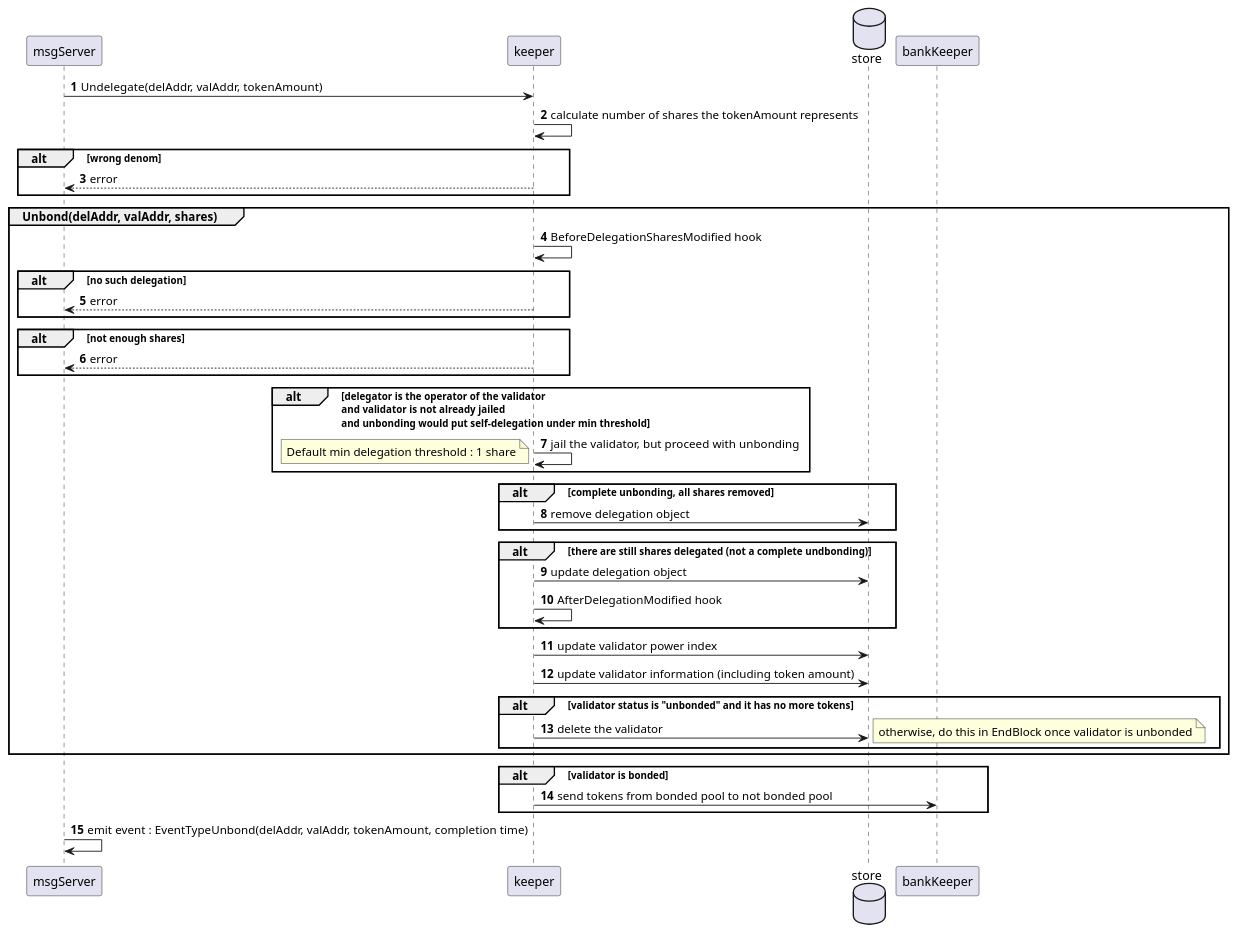
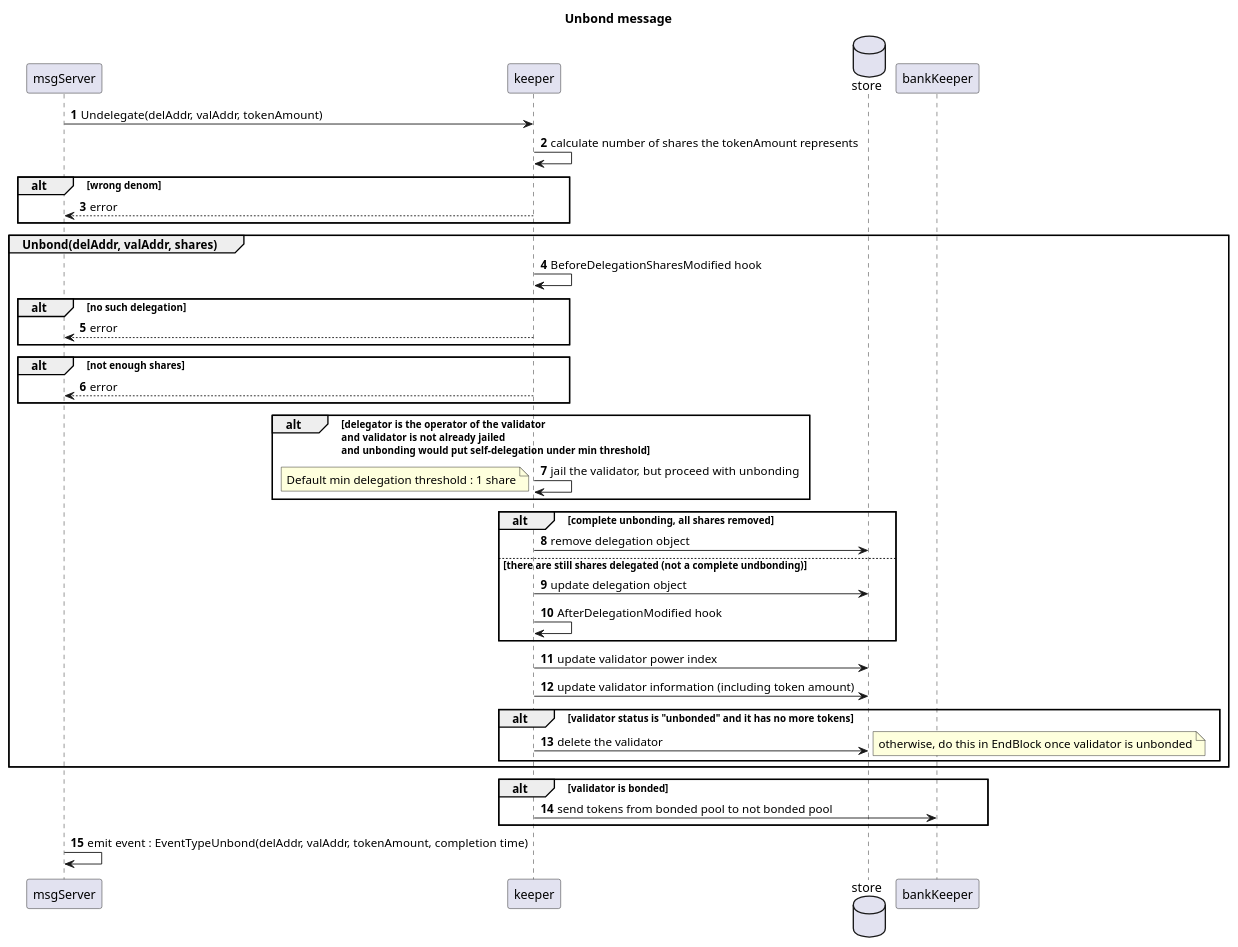
One commit to cosmos/cosmos-sdk changed the diagram in x/staking/spec/unbond_sequence.puml. Above: the diagram before and after it, drawn with PlantUML.

Commit message:
Add title to unbonding diagram

```diff
--- a/x/staking/spec/unbond_sequence.puml
+++ b/x/staking/spec/unbond_sequence.puml
@@ -1,53 +1,53 @@
 @startuml
 'https://plantuml.com/sequence-diagram
 
 autonumber
+
+title: Unbond message
 
 msgServer -> keeper : Undelegate(delAddr, valAddr, tokenAmount)
 
 keeper -> keeper : calculate number of shares the tokenAmount represents
 
 alt wrong denom
     msgServer <-- keeper : error
 end
 
 group Unbond(delAddr, valAddr, shares)
     keeper -> keeper: BeforeDelegationSharesModified hook
     alt no such delegation
         keeper --> msgServer : error
     end
     alt not enough shares
         keeper --> msgServer : error
     end
     alt delegator is the operator of the validator\nand validator is not already jailed\nand unbonding would put self-delegation under min threshold
                 keeper -> keeper : jail the validator, but proceed with unbonding
                 note left : Default min delegation threshold : 1 share
     end
 
     database store
 
     alt complete unbonding, all shares removed
         keeper -> store : remove delegation object
-    end
-
-    alt there are still shares delegated (not a complete undbonding)
+    else there are still shares delegated (not a complete undbonding)
         keeper -> store : update delegation object
         keeper -> keeper : AfterDelegationModified hook
     end
 
     keeper -> store : update validator power index
     keeper -> store : update validator information (including token amount)
 
     alt validator status is "unbonded" and it has no more tokens
        keeper -> store : delete the validator
        note right : otherwise, do this in EndBlock once validator is unbonded
     end
 end
 
 alt validator is bonded
     keeper -> bankKeeper : send tokens from bonded pool to not bonded pool
 end
 
 msgServer -> msgServer : emit event : EventTypeUnbond(delAddr, valAddr, tokenAmount, completion time)
 
 @enduml
```
